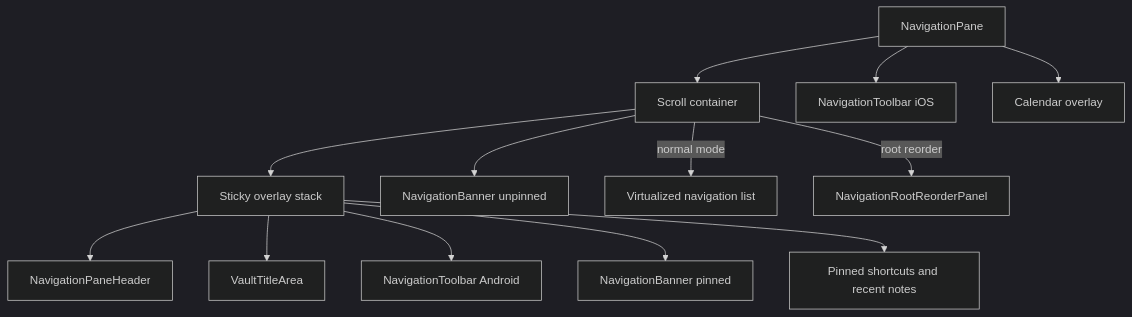
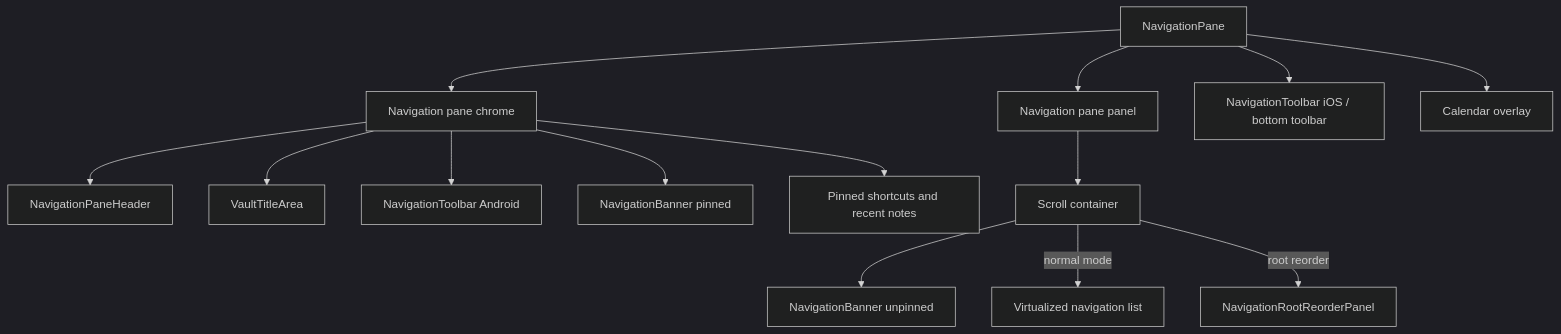
One commit to HEmile/notebook-navigator changed the third of 7 diagrams in docs/rendering-architecture.md. Above: the diagram before and after it, drawn with Mermaid (dark theme). The commit also changed other lines of this file and 7 other files, not shown here.

````diff
--- a/docs/rendering-architecture.md
+++ b/docs/rendering-architecture.md
@@ -130,15 +132,16 @@
 ```mermaid
 graph TD
-    NPR["NavigationPane"] --> SC["Scroll container"];
-    SC --> OVL["Sticky overlay stack"];
-    OVL --> NPH["NavigationPaneHeader"];
-    OVL --> VTA["VaultTitleArea"];
-    OVL --> NTBA["NavigationToolbar Android"];
-    OVL --> PB["NavigationBanner pinned"];
-    OVL --> PINNED["Pinned shortcuts and recent notes"];
+    NPR["NavigationPane"] --> CH["Navigation pane chrome"];
+    CH --> NPH["NavigationPaneHeader"];
+    CH --> VTA["VaultTitleArea"];
+    CH --> NTBA["NavigationToolbar Android"];
+    CH --> PB["NavigationBanner pinned"];
+    CH --> PINNED["Pinned shortcuts and recent notes"];
+    NPR --> PANEL["Navigation pane panel"];
+    PANEL --> SC["Scroll container"];
     SC --> NB["NavigationBanner unpinned"];
     SC -->|normal mode| NPL["Virtualized navigation list"];
     SC -->|root reorder| NRP["NavigationRootReorderPanel"];
-    NPR --> NTBI["NavigationToolbar iOS"];
+    NPR --> NTBI["NavigationToolbar iOS / bottom toolbar"];
     NPR --> CAL["Calendar overlay"];
 ```
````
